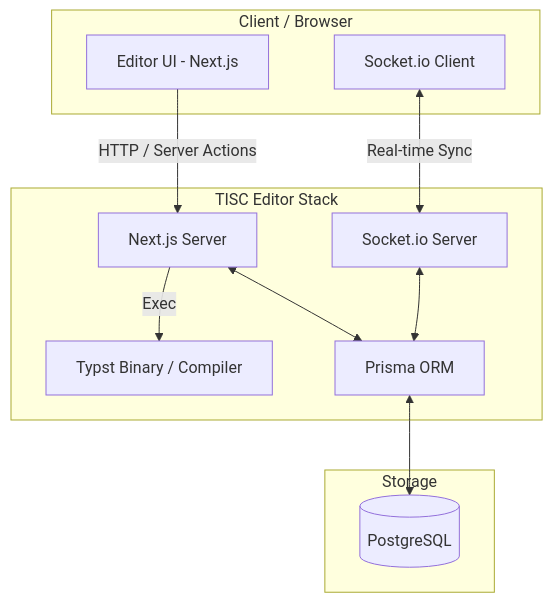
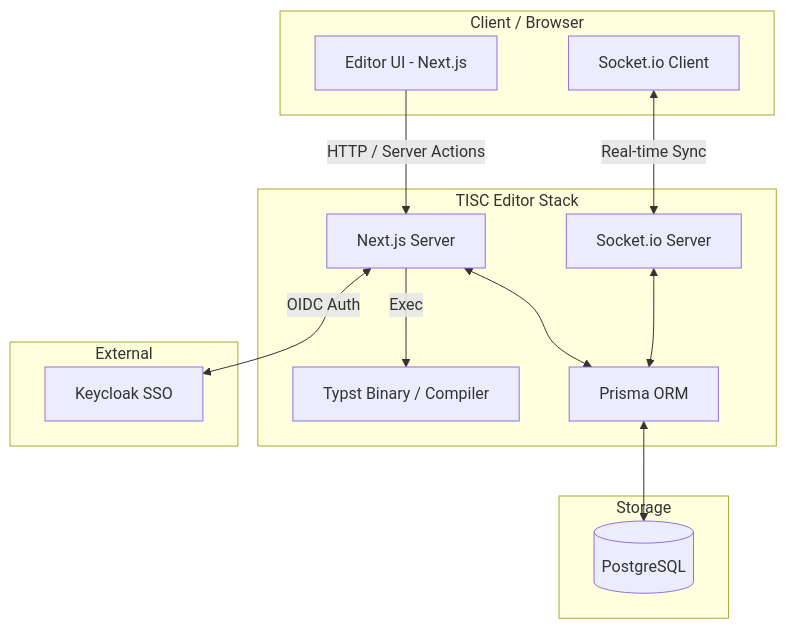
Before and after one commit to ISC-HEI/tisc-editor: the diagram in README.md, drawn with Mermaid. The commit also changed other lines of this file, not shown here.

````diff
--- a/README.md
+++ b/README.md
@@ -223,26 +252,31 @@
 ```mermaid
 graph TD
     subgraph Client_Side [Client / Browser]
         UI[Editor UI - Next.js]
         SIOC[Socket.io Client]
     end
 
     subgraph Docker_Container [TISC Editor Stack]
         NextJS[Next.js Server]
         SIOS[Socket.io Server]
         Typst[Typst Binary / Compiler]
         Prisma[Prisma ORM]
     end
 
     subgraph Storage
         DB[(PostgreSQL)]
     end
 
+    subgraph External
+        SSO[Keycloak SSO]
+    end
+
     %% Interactions
     UI -->|HTTP / Server Actions| NextJS
     SIOC <-->|Real-time Sync| SIOS
     SIOS <--> Prisma
     NextJS <--> Prisma
     Prisma <--> DB
     NextJS -->|Exec| Typst
+    NextJS <-->|OIDC Auth| SSO
 ```
````
